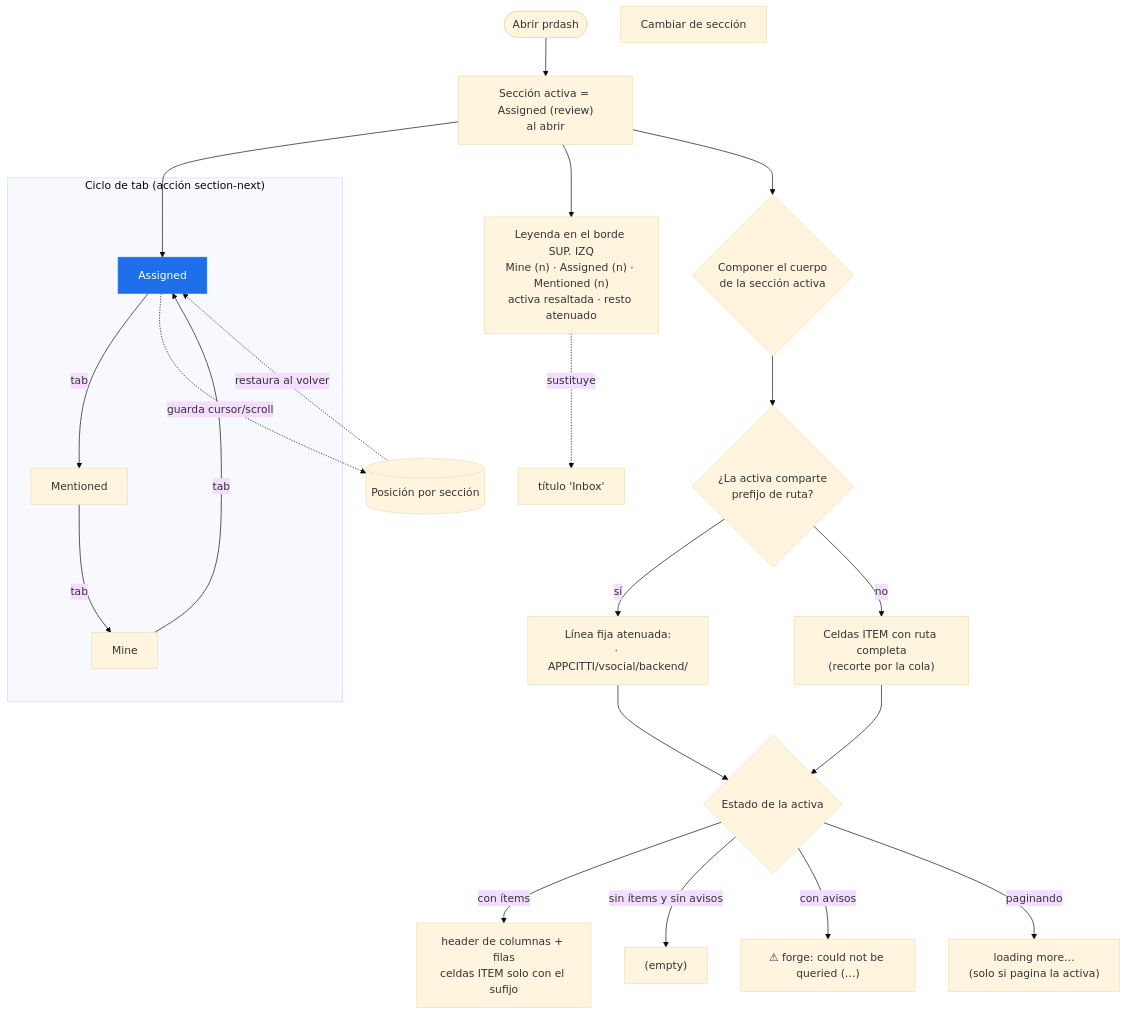
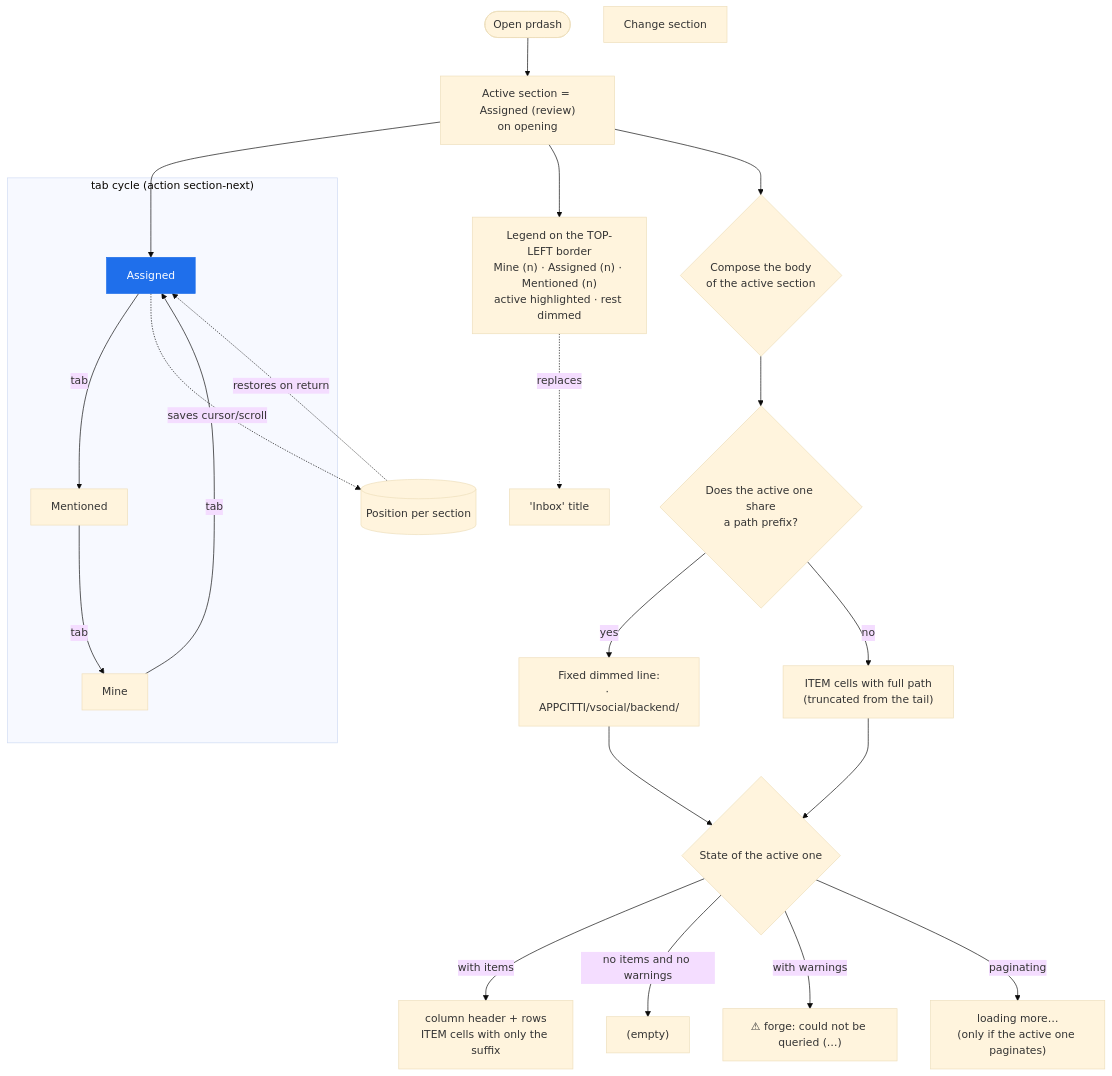
One commit to Sovengar/prdash changed the diagram in docs/planning/archive/0002-inbox-single-section/diagrams/feature-flow.md. Above: the diagram before and after it, drawn with Mermaid (base theme). The commit also changed other lines of this file and 331 other files, not shown here.

````diff
--- a/docs/planning/archive/0002-inbox-single-section/diagrams/feature-flow.md
+++ b/docs/planning/archive/0002-inbox-single-section/diagrams/feature-flow.md
@@ -6,34 +6,34 @@
 ```mermaid
 flowchart TD
-  Start([Abrir prdash]) --> Def["Sección activa = Assigned (review)<br/>al abrir"]
+  Start([Open prdash]) --> Def["Active section = Assigned (review)<br/>on opening"]
 
-  subgraph Ciclo["Ciclo de tab (acción section-next)"]
+  subgraph CYCLE["tab cycle (action section-next)"]
     A["Assigned"] -->|tab| M["Mentioned"]
-    M -->|tab| Mi["Mine"]
-    Mi -->|tab| A
+    M -->|tab| MINE["Mine"]
+    MINE -->|tab| A
   end
   Def --> A
 
-  Def --> Legend["Leyenda en el borde SUP. IZQ<br/>Mine (n) · Assigned (n) · Mentioned (n)<br/>activa resaltada · resto atenuado"]
-  Legend -. sustituye .-> T["título 'Inbox'"]
+  Def --> Legend["Legend on the TOP-LEFT border<br/>Mine (n) · Assigned (n) · Mentioned (n)<br/>active highlighted · rest dimmed"]
+  Legend -. replaces .-> T["'Inbox' title"]
 
-  Def --> Body{"Componer el cuerpo<br/>de la sección activa"}
-  Body --> Pref{"¿La activa comparte<br/>prefijo de ruta?"}
-  Pref -->|sí| PL["Línea fija atenuada:<br/>· APPCITTI/vsocial/backend/"]
-  Pref -->|no| FC["Celdas ITEM con ruta completa<br/>(recorte por la cola)"]
+  Def --> Body{"Compose the body<br/>of the active section"}
+  Body --> Pref{"Does the active one share<br/>a path prefix?"}
+  Pref -->|yes| PL["Fixed dimmed line:<br/>· APPCITTI/vsocial/backend/"]
+  Pref -->|no| FC["ITEM cells with full path<br/>(truncated from the tail)"]
   PL --> Content
   FC --> Content
 
-  Content{"Estado de la activa"}
-  Content -->|con ítems| Rows["header de columnas + filas<br/>celdas ITEM solo con el sufijo"]
-  Content -->|sin ítems y sin avisos| Empty["(empty)"]
-  Content -->|con avisos| Warn["⚠ forge: could not be queried (…)"]
-  Content -->|paginando| More["loading more…<br/>(solo si pagina la activa)"]
+  Content{"State of the active one"}
+  Content -->|with items| Rows["column header + rows<br/>ITEM cells with only the suffix"]
+  Content -->|no items and no warnings| Empty["(empty)"]
+  Content -->|with warnings| Warn["⚠ forge: could not be queried (…)"]
+  Content -->|paginating| More["loading more…<br/>(only if the active one paginates)"]
 
-  Cycle["Cambiar de sección"]
-  A -. guarda cursor/scroll .-> Mem[("Posición por sección")]
-  Mem -. restaura al volver .-> A
+  Cycle["Change section"]
+  A -. saves cursor/scroll .-> Mem[("Position per section")]
+  Mem -. restores on return .-> A
 
   classDef active fill:#1f6feb,stroke:#1f6feb,color:#fff;
   class A active;
 ```
````
